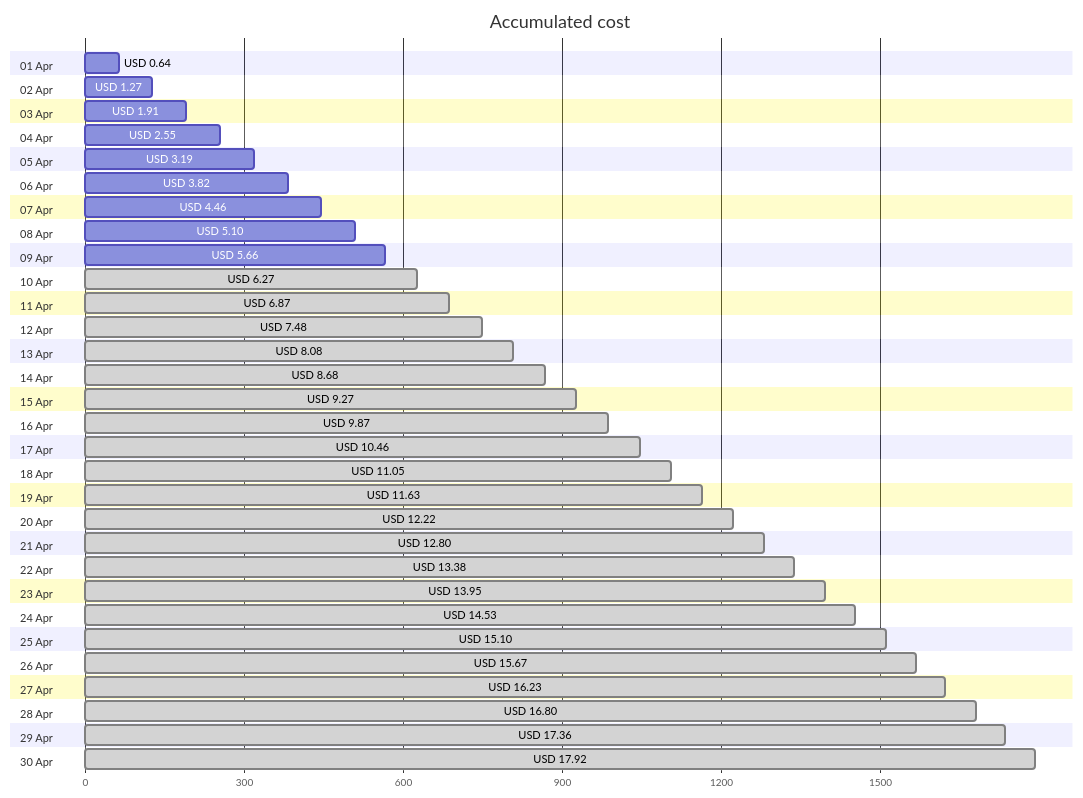
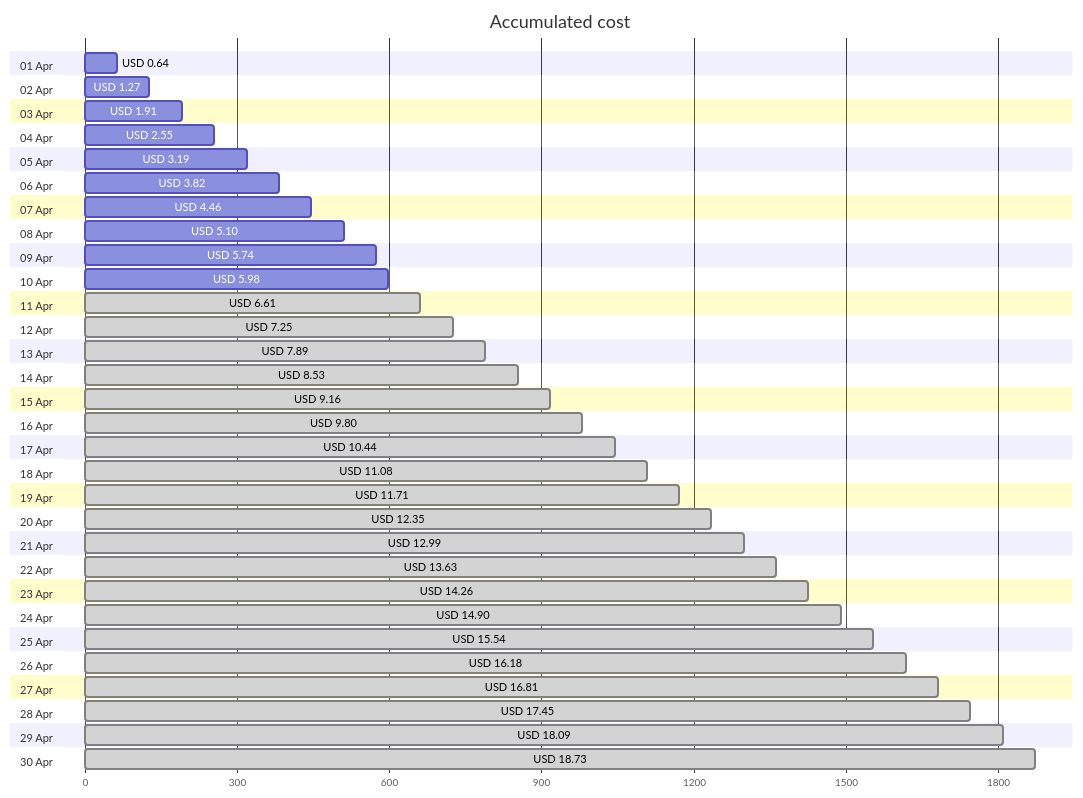
Before and after one commit to jpfulton/azure-personal-reports: the first of 4 diagrams in cost-reports/accumulated-cost.md, drawn with Mermaid. The commit also changed other lines of this file and 4 other files, not shown here.

````diff
--- a/cost-reports/accumulated-cost.md
+++ b/cost-reports/accumulated-cost.md
@@ -20,66 +20,66 @@
 ```mermaid
 gantt
    title Accumulated cost
    dateFormat  X
    axisFormat %s
    section 01 Apr
    USD 0.64 :0, 64
    section 02 Apr
    USD 1.27 :0, 127
    section 03 Apr
    USD 1.91 :0, 191
    section 04 Apr
    USD 2.55 :0, 255
    section 05 Apr
    USD 3.19 :0, 319
    section 06 Apr
    USD 3.82 :0, 382
    section 07 Apr
    USD 4.46 :0, 446
    section 08 Apr
    USD 5.10 :0, 510
    section 09 Apr
-   USD 5.66 :0, 566
+   USD 5.74 :0, 574
    section 10 Apr
-   USD 6.27 : done, 0, 627
+   USD 5.98 :0, 598
    section 11 Apr
-   USD 6.87 : done, 0, 687
+   USD 6.61 : done, 0, 661
    section 12 Apr
-   USD 7.48 : done, 0, 748
+   USD 7.25 : done, 0, 725
    section 13 Apr
-   USD 8.08 : done, 0, 808
+   USD 7.89 : done, 0, 789
    section 14 Apr
-   USD 8.68 : done, 0, 868
+   USD 8.53 : done, 0, 853
    section 15 Apr
-   USD 9.27 : done, 0, 927
+   USD 9.16 : done, 0, 916
    section 16 Apr
-   USD 9.87 : done, 0, 987
+   USD 9.80 : done, 0, 980
    section 17 Apr
-   USD 10.46 : done, 0, 1046
+   USD 10.44 : done, 0, 1044
    section 18 Apr
-   USD 11.05 : done, 0, 1105
+   USD 11.08 : done, 0, 1108
    section 19 Apr
-   USD 11.63 : done, 0, 1163
+   USD 11.71 : done, 0, 1171
    section 20 Apr
-   USD 12.22 : done, 0, 1222
+   USD 12.35 : done, 0, 1235
    section 21 Apr
-   USD 12.80 : done, 0, 1280
+   USD 12.99 : done, 0, 1299
    section 22 Apr
-   USD 13.38 : done, 0, 1338
+   USD 13.63 : done, 0, 1363
    section 23 Apr
-   USD 13.95 : done, 0, 1395
+   USD 14.26 : done, 0, 1426
    section 24 Apr
-   USD 14.53 : done, 0, 1453
+   USD 14.90 : done, 0, 1490
    section 25 Apr
-   USD 15.10 : done, 0, 1510
+   USD 15.54 : done, 0, 1554
    section 26 Apr
-   USD 15.67 : done, 0, 1567
+   USD 16.18 : done, 0, 1618
    section 27 Apr
-   USD 16.23 : done, 0, 1623
+   USD 16.81 : done, 0, 1681
    section 28 Apr
-   USD 16.80 : done, 0, 1680
+   USD 17.45 : done, 0, 1745
    section 29 Apr
-   USD 17.36 : done, 0, 1736
+   USD 18.09 : done, 0, 1809
    section 30 Apr
-   USD 17.92 : done, 0, 1792
+   USD 18.73 : done, 0, 1873
 ```
````
